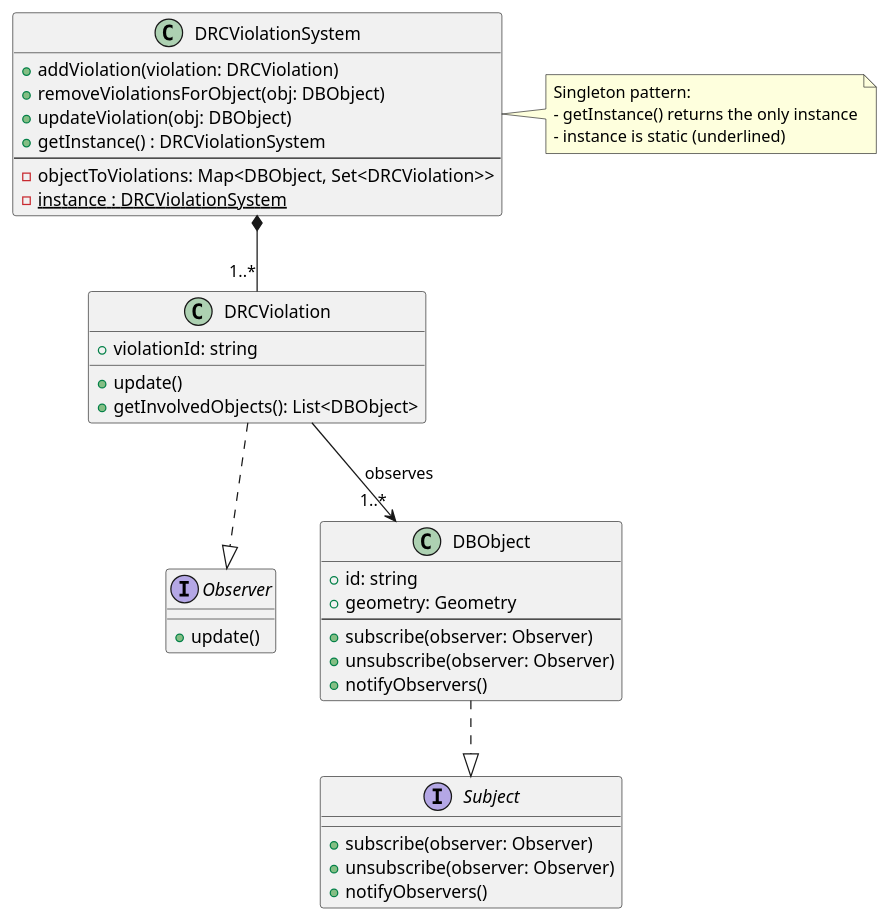
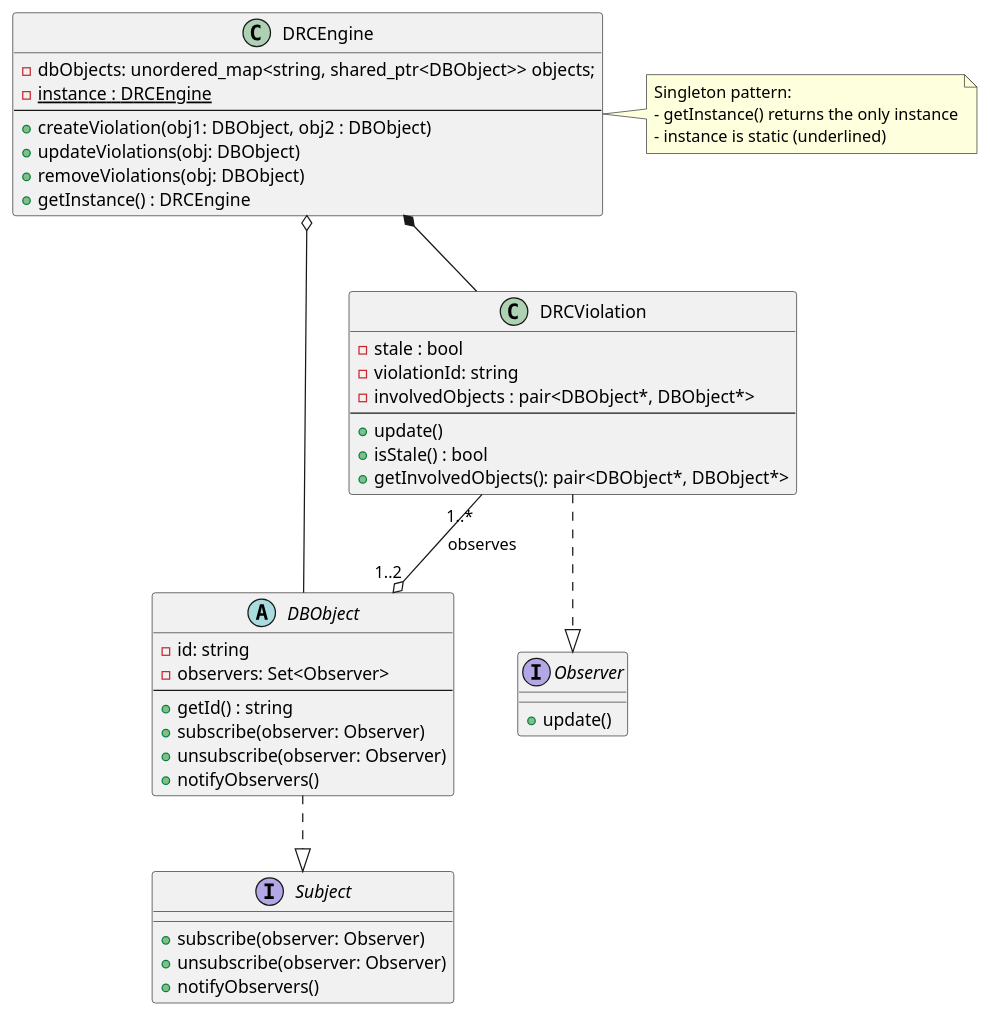
Before and after one commit to detective-sokka/DRCViolationSystem: the diagram in design/design.plantuml, drawn with PlantUML. The commit also changed 18 other files, not shown here.

```diff
--- a/design/design.plantuml
+++ b/design/design.plantuml
@@ -1,50 +1,57 @@
 @startuml
 ' Interfaces
 interface Observer {
     +update()
 }
 
 interface Subject {
     +subscribe(observer: Observer)
     +unsubscribe(observer: Observer)
     +notifyObservers()
 }
 
 ' Core domain classes
-class DBObject {
-    +id: string
-    +geometry: Geometry
+abstract DBObject {
+    -id: string    
+    -observers: Set<Observer>   
     --
+    +getId() : string
     +subscribe(observer: Observer)
     +unsubscribe(observer: Observer)
     +notifyObservers()
 }
 
-class DRCViolation {
-    +violationId: string
+class DRCViolation {    
+    -stale : bool
+    -violationId: string
+    -involvedObjects : pair<DBObject*, DBObject*>
+    --
     +update()
-    +getInvolvedObjects(): List<DBObject>
+    +isStale() : bool
+    +getInvolvedObjects(): pair<DBObject*, DBObject*>    
 }
 
-class DRCViolationSystem {
-    +addViolation(violation: DRCViolation)
-    +removeViolationsForObject(obj: DBObject)
-    +updateViolation(obj: DBObject)
-    +getInstance() : DRCViolationSystem
+class DRCEngine {
+    -dbObjects: unordered_map<string, shared_ptr<DBObject>> objects;
+    -<u>instance : DRCEngine</u>
     --
-    -objectToViolations: Map<DBObject, Set<DRCViolation>>
-    -<u>instance : DRCViolationSystem</u>
+    +createViolation(obj1: DBObject, obj2 : DBObject)
+    +updateViolations(obj: DBObject)
+    +removeViolations(obj: DBObject)
+    +getInstance() : DRCEngine    
 }
 
 DBObject ..|> Subject
 DRCViolation ..|> Observer
-DRCViolation --> "1..*" DBObject : observes
+DRCViolation "1..*" --o "1..2" DBObject : observes
 
 ' Composition and Singleton
-DRCViolationSystem *-- "1..*" DRCViolation
-note right of DRCViolationSystem
+DRCEngine *-- DRCViolation
+DRCEngine o-- DBObject
+
+note right of DRCEngine
   Singleton pattern:
   - getInstance() returns the only instance
   - instance is static (underlined)
 end note
 @enduml
```
